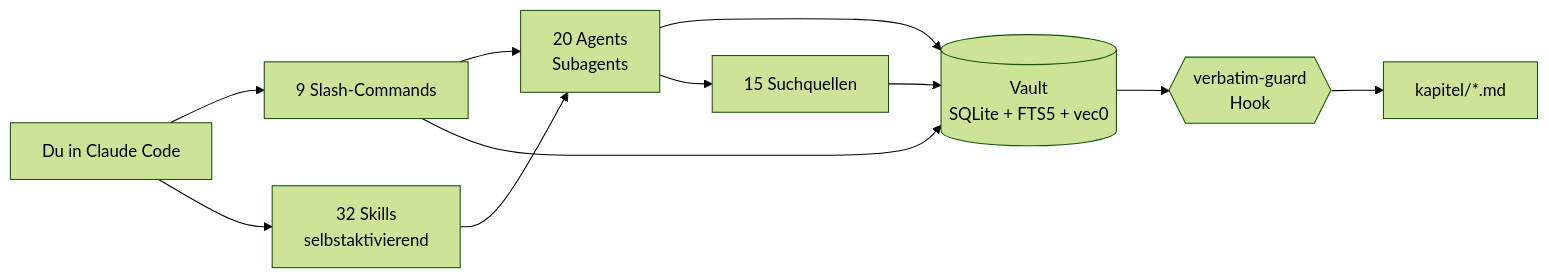
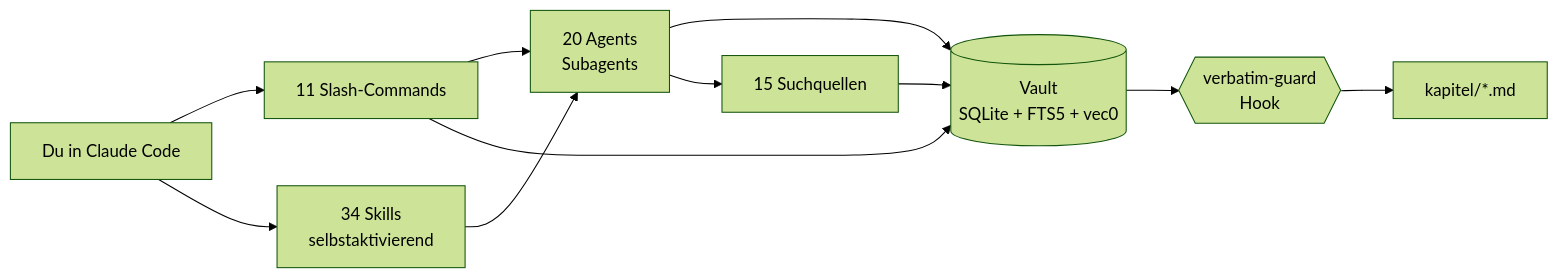
The diagram in README.md (ahlerjam/academic-research), drawn with Mermaid (forest theme) before and after one commit. The commit also changed other lines of this file and 45 other files, not shown here.

````diff
--- a/README.md
+++ b/README.md
@@ -76,13 +76,13 @@
 ```mermaid
 graph LR
-    U[Du in Claude Code] --> C[9 Slash-Commands]
-    U --> S[32 Skills<br/>selbstaktivierend]
+    U[Du in Claude Code] --> C[11 Slash-Commands]
+    U --> S[34 Skills<br/>selbstaktivierend]
     C --> A[20 Agents<br/>Subagents]
     S --> A
     A --> V[(Vault<br/>SQLite + FTS5 + vec0)]
     C --> V
     A --> Q[15 Suchquellen]
     Q --> V
     V --> H{{verbatim-guard<br/>Hook}}
     H --> K[kapitel/*.md]
 ```
````
